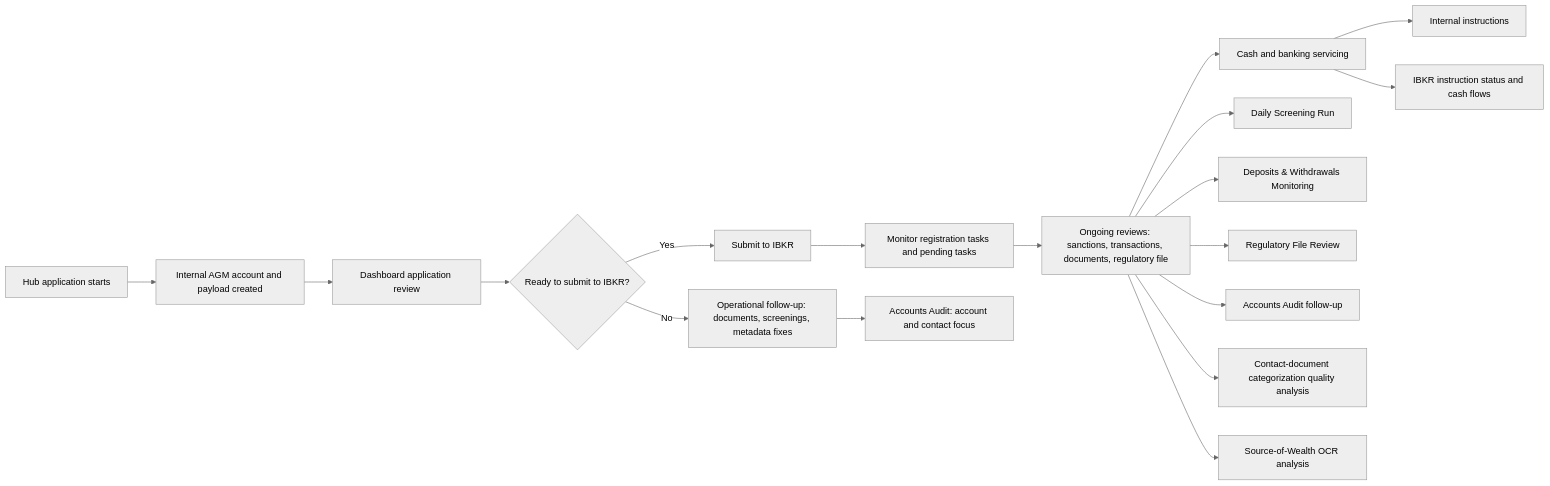
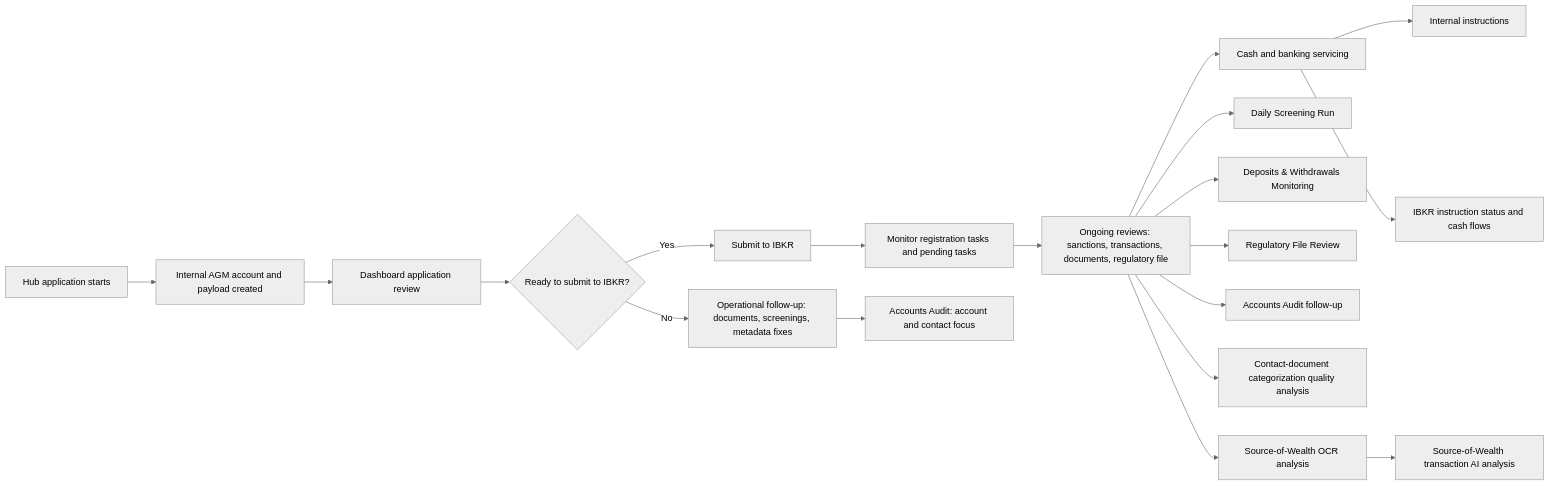
The diagram in processes/README.md (agmtrader/compliance), drawn with Mermaid (neutral theme) before and after one commit. The commit also changed 3 other files, not shown here.

Commit message:
Add Source of Wealth transaction AI analysis process documentation and register entry

````diff
--- a/processes/README.md
+++ b/processes/README.md
@@ -21,21 +21,22 @@
 ```mermaid
 flowchart LR
     A["Hub application starts"] --> B["Internal AGM account and payload created"]
     B --> C["Dashboard application review"]
     C --> D{"Ready to submit to IBKR?"}
     D -- "No" --> E["Operational follow-up: documents, screenings, metadata fixes"]
     D -- "Yes" --> F["Submit to IBKR"]
     F --> G["Monitor registration tasks and pending tasks"]
     G --> H["Ongoing reviews: sanctions, transactions, documents, regulatory file"]
     H --> I["Cash and banking servicing"]
 
     E --> E1["Accounts Audit: account and contact focus"]
     H --> H1["Daily Screening Run"]
     H --> H2["Deposits & Withdrawals Monitoring"]
     H --> H3["Regulatory File Review"]
     H --> H4["Accounts Audit follow-up"]
     H --> H5["Contact-document categorization quality analysis"]
     H --> H6["Source-of-Wealth OCR analysis"]
+    H6 --> H7["Source-of-Wealth transaction AI analysis"]
     I --> I1["Internal instructions"]
     I --> I2["IBKR instruction status and cash flows"]
 ```
````
